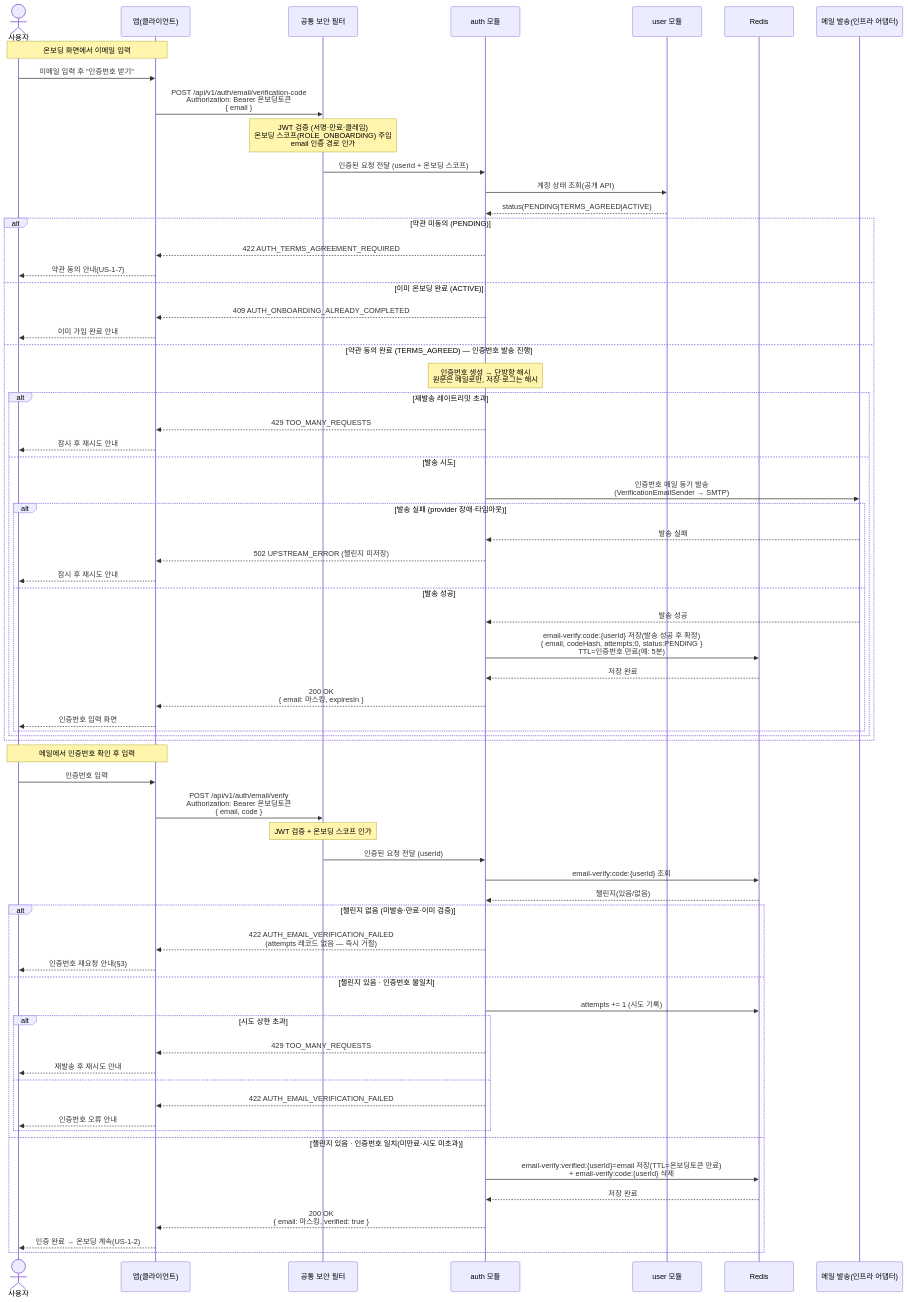
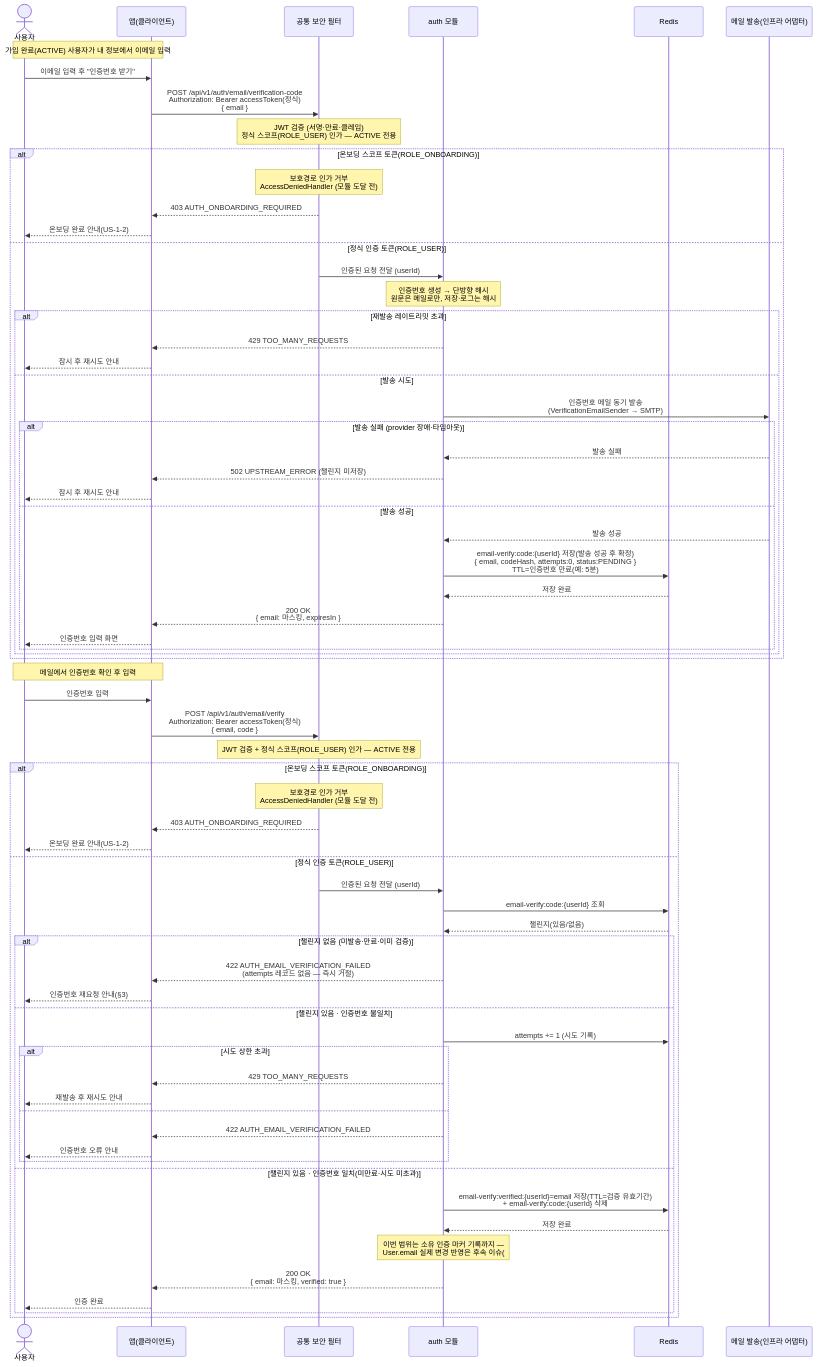
One commit to jameskim9509/Kohere-backend changed the diagram in docs/architecture/sequence-diagrams/01-auth-onboarding/us-1-6-email-verification.md. Above: the diagram before and after it, drawn with Mermaid. The commit also changed other lines of this file and 7 other files, not shown here.

First line of the commit message:
docs(auth): 온보딩 이름·이메일 제거, 소셜 로그인 캡처로 이관 (#192)

````diff
--- a/docs/architecture/sequence-diagrams/01-auth-onboarding/us-1-6-email-verification.md
+++ b/docs/architecture/sequence-diagrams/01-auth-onboarding/us-1-6-email-verification.md
@@ -7,70 +7,72 @@
 ```mermaid
 sequenceDiagram
     actor U as 사용자
     participant C as 앱(클라이언트)
     participant SEC as 공통 보안 필터
     participant AUTH as auth 모듈
-    participant USER as user 모듈
     participant RDS as Redis
     participant MAIL as 메일 발송(인프라 어댑터)
 
-    Note over U,C: 온보딩 화면에서 이메일 입력
+    Note over U,C: 가입 완료(ACTIVE) 사용자가 내 정보에서 이메일 입력
     U->>C: 이메일 입력 후 "인증번호 받기"
-    C->>SEC: POST /api/v1/auth/email/verification-code<br/>Authorization: Bearer 온보딩토큰<br/>{ email }
-    Note over SEC: JWT 검증 (서명·만료·클레임)<br/>온보딩 스코프(ROLE_ONBOARDING) 주입<br/>email 인증 경로 인가
-    SEC->>AUTH: 인증된 요청 전달 (userId + 온보딩 스코프)
-    AUTH->>USER: 계정 상태 조회(공개 API)
-    USER-->>AUTH: status(PENDING|TERMS_AGREED|ACTIVE)
-    alt 약관 미동의 (PENDING)
-        AUTH-->>C: 422 AUTH_TERMS_AGREEMENT_REQUIRED
-        C-->>U: 약관 동의 안내(US-1-7)
-    else 이미 온보딩 완료 (ACTIVE)
-        AUTH-->>C: 409 AUTH_ONBOARDING_ALREADY_COMPLETED
-        C-->>U: 이미 가입 완료 안내
-    else 약관 동의 완료 (TERMS_AGREED) — 인증번호 발송 진행
+    C->>SEC: POST /api/v1/auth/email/verification-code<br/>Authorization: Bearer accessToken(정식)<br/>{ email }
+    Note over SEC: JWT 검증 (서명·만료·클레임)<br/>정식 스코프(ROLE_USER) 인가 — ACTIVE 전용
+    alt 온보딩 스코프 토큰(ROLE_ONBOARDING)
+        Note over SEC: 보호경로 인가 거부<br/>AccessDeniedHandler (모듈 도달 전)
+        SEC-->>C: 403 AUTH_ONBOARDING_REQUIRED
+        C-->>U: 온보딩 완료 안내(US-1-2)
+    else 정식 인증 토큰(ROLE_USER)
+        SEC->>AUTH: 인증된 요청 전달 (userId)
         Note over AUTH: 인증번호 생성 → 단방향 해시<br/>원문은 메일로만, 저장·로그는 해시
         alt 재발송 레이트리밋 초과
             AUTH-->>C: 429 TOO_MANY_REQUESTS
             C-->>U: 잠시 후 재시도 안내
         else 발송 시도
             AUTH->>MAIL: 인증번호 메일 동기 발송<br/>(VerificationEmailSender → SMTP)
             alt 발송 실패 (provider 장애·타임아웃)
                 MAIL-->>AUTH: 발송 실패
                 AUTH-->>C: 502 UPSTREAM_ERROR (챌린지 미저장)
                 C-->>U: 잠시 후 재시도 안내
             else 발송 성공
                 MAIL-->>AUTH: 발송 성공
                 AUTH->>RDS: email-verify:code:{userId} 저장(발송 성공 후 확정)<br/>{ email, codeHash, attempts:0, status:PENDING }<br/>TTL=인증번호 만료(예: 5분)
                 RDS-->>AUTH: 저장 완료
                 AUTH-->>C: 200 OK<br/>{ email: 마스킹, expiresIn }
                 C-->>U: 인증번호 입력 화면
             end
         end
     end
 
     Note over U,C: 메일에서 인증번호 확인 후 입력
     U->>C: 인증번호 입력
-    C->>SEC: POST /api/v1/auth/email/verify<br/>Authorization: Bearer 온보딩토큰<br/>{ email, code }
-    Note over SEC: JWT 검증 + 온보딩 스코프 인가
-    SEC->>AUTH: 인증된 요청 전달 (userId)
-    AUTH->>RDS: email-verify:code:{userId} 조회
-    RDS-->>AUTH: 챌린지(있음/없음)
-    alt 챌린지 없음 (미발송·만료·이미 검증)
-        AUTH-->>C: 422 AUTH_EMAIL_VERIFICATION_FAILED<br/>(attempts 레코드 없음 — 즉시 거절)
-        C-->>U: 인증번호 재요청 안내(§3)
-    else 챌린지 있음 · 인증번호 불일치
-        AUTH->>RDS: attempts += 1 (시도 기록)
-        alt 시도 상한 초과
-            AUTH-->>C: 429 TOO_MANY_REQUESTS
-            C-->>U: 재발송 후 재시도 안내
-        else
-            AUTH-->>C: 422 AUTH_EMAIL_VERIFICATION_FAILED
-            C-->>U: 인증번호 오류 안내
+    C->>SEC: POST /api/v1/auth/email/verify<br/>Authorization: Bearer accessToken(정식)<br/>{ email, code }
+    Note over SEC: JWT 검증 + 정식 스코프(ROLE_USER) 인가 — ACTIVE 전용
+    alt 온보딩 스코프 토큰(ROLE_ONBOARDING)
+        Note over SEC: 보호경로 인가 거부<br/>AccessDeniedHandler (모듈 도달 전)
+        SEC-->>C: 403 AUTH_ONBOARDING_REQUIRED
+        C-->>U: 온보딩 완료 안내(US-1-2)
+    else 정식 인증 토큰(ROLE_USER)
+        SEC->>AUTH: 인증된 요청 전달 (userId)
+        AUTH->>RDS: email-verify:code:{userId} 조회
+        RDS-->>AUTH: 챌린지(있음/없음)
+        alt 챌린지 없음 (미발송·만료·이미 검증)
+            AUTH-->>C: 422 AUTH_EMAIL_VERIFICATION_FAILED<br/>(attempts 레코드 없음 — 즉시 거절)
+            C-->>U: 인증번호 재요청 안내(§3)
+        else 챌린지 있음 · 인증번호 불일치
+            AUTH->>RDS: attempts += 1 (시도 기록)
+            alt 시도 상한 초과
+                AUTH-->>C: 429 TOO_MANY_REQUESTS
+                C-->>U: 재발송 후 재시도 안내
+            else
+                AUTH-->>C: 422 AUTH_EMAIL_VERIFICATION_FAILED
+                C-->>U: 인증번호 오류 안내
+            end
+        else 챌린지 있음 · 인증번호 일치(미만료·시도 미초과)
+            AUTH->>RDS: email-verify:verified:{userId}=email 저장(TTL=검증 유효기간)<br/>+ email-verify:code:{userId} 삭제
+            RDS-->>AUTH: 저장 완료
+            Note over AUTH: 이번 범위는 소유 인증 마커 기록까지 —<br/>User.email 실제 변경 반영은 후속 이슈(#192 범위 밖)
+            AUTH-->>C: 200 OK<br/>{ email: 마스킹, verified: true }
+            C-->>U: 인증 완료
         end
-    else 챌린지 있음 · 인증번호 일치(미만료·시도 미초과)
-        AUTH->>RDS: email-verify:verified:{userId}=email 저장(TTL=온보딩토큰 만료)<br/>+ email-verify:code:{userId} 삭제
-        RDS-->>AUTH: 저장 완료
-        AUTH-->>C: 200 OK<br/>{ email: 마스킹, verified: true }
-        C-->>U: 인증 완료 → 온보딩 계속(US-1-2)
     end
 ```
````
